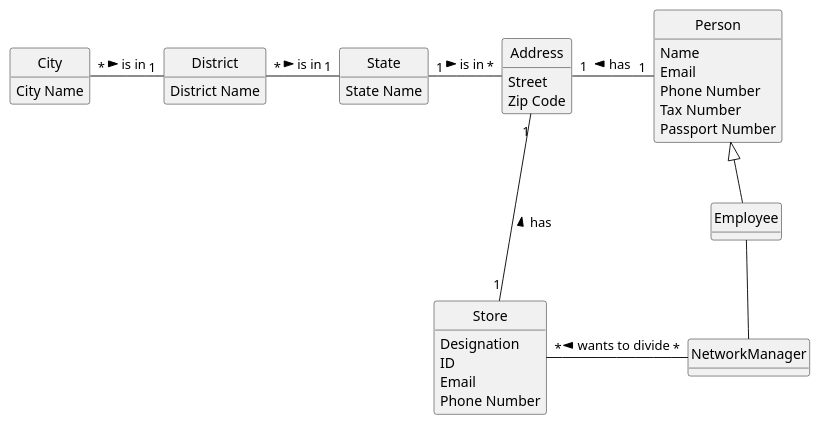
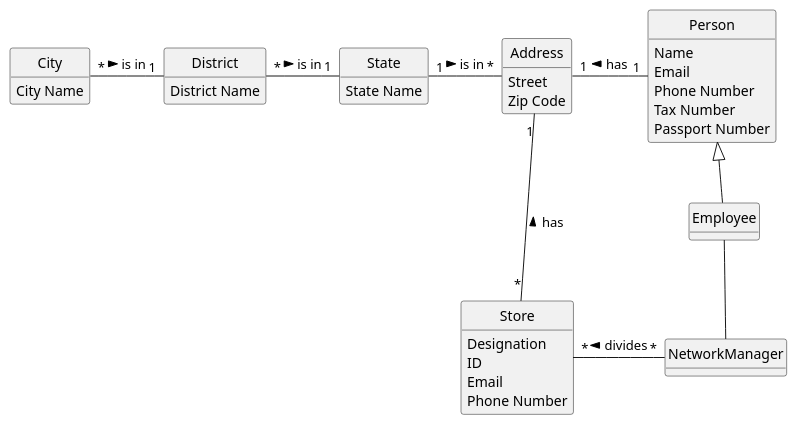
One commit to PureNimble/ISEP-LAPR2 changed the diagram in docs/sprintD/US019/02.analysis/puml/us19-domain-model.puml. Above: the diagram before and after it, drawn with PlantUML. The commit also changed 24 other files, not shown here.

```diff
--- a/docs/sprintD/US019/02.analysis/puml/us19-domain-model.puml
+++ b/docs/sprintD/US019/02.analysis/puml/us19-domain-model.puml
@@ -1,67 +1,67 @@
 @startuml
 skinparam monochrome true
 skinparam packageStyle rectangle
 skinparam shadowing false
 
 'left to right direction
 
 skinparam classAttributeIconSize 0
 
 hide circle
 hide methods
 
 
 class Address {
 Street
 Zip Code
 }
 
 class City {
 City Name
 }
 
 
 class District {
 District Name
 }
 
 class State {
 State Name
 }
 
 
 class Employee{
 }
 
 class Person{
 Name
 Email
 Phone Number
 Tax Number
 Passport Number
 }
 
 class NetworkManager{
 }
 
 class Store {
 Designation
 ID
 Email
 Phone Number
 }
 
 
 Person <|-- Employee
 Employee -- NetworkManager
 
 Address "1" -right-- "1" Person: has <
 State "1" -left-- "*" District: is in <
 District "1" -left-- "*" City: is in <
 Address "*" -left-- "1" State: is in <
 
-Address"1" --- "1" Store : has <
+Address"1" --- "*" Store : has <
 
-Store"*" - "*" NetworkManager: wants to divide <
+Store"*" - "*" NetworkManager:  divides <
 
 @enduml
```
